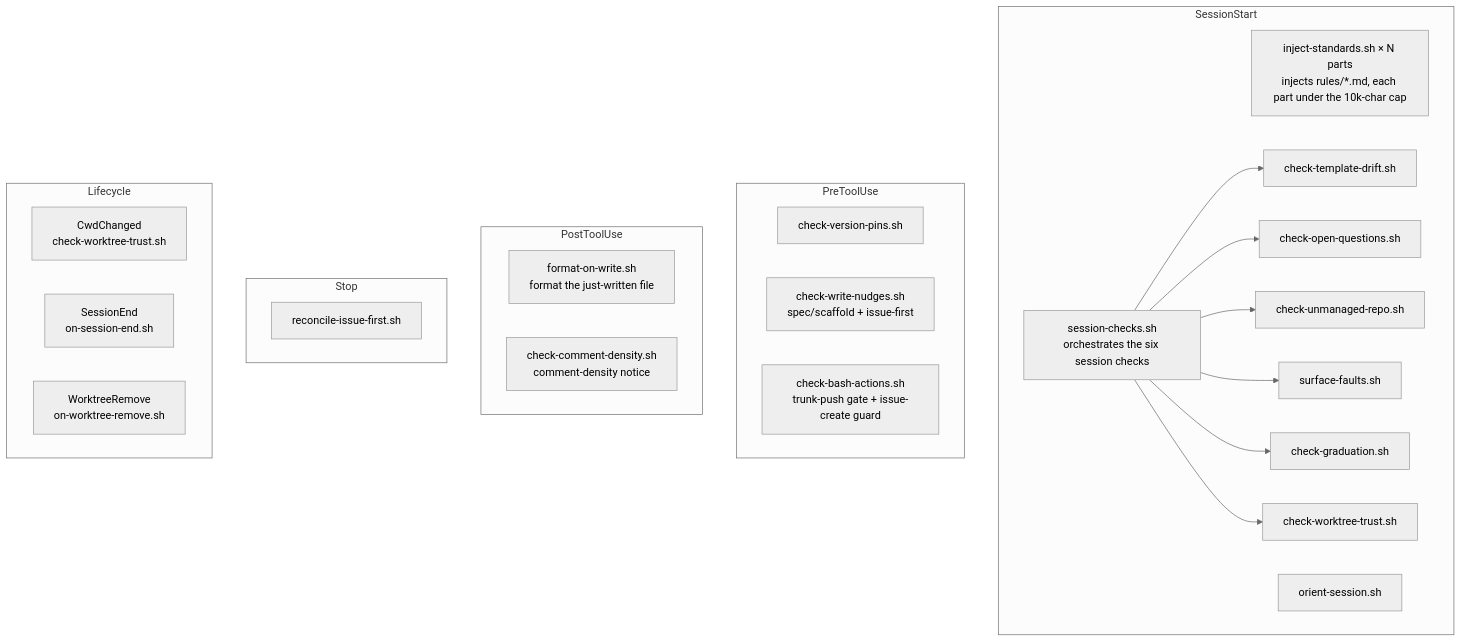
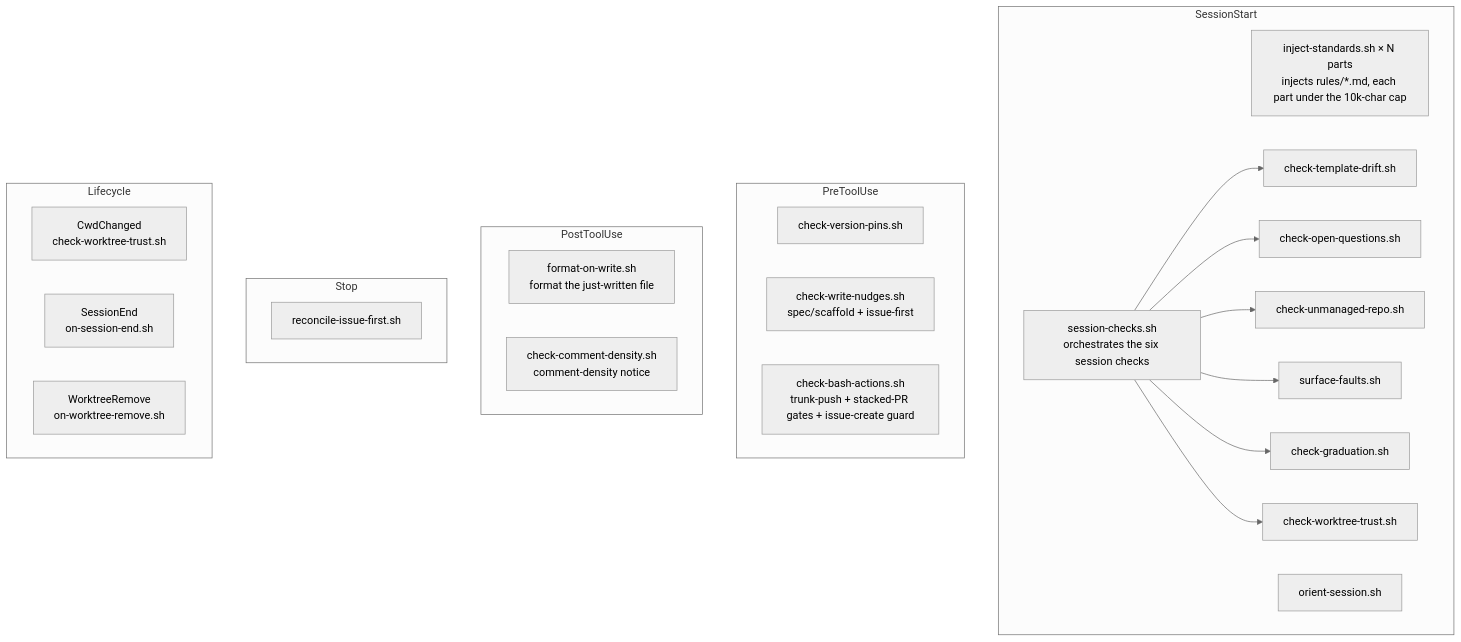
One commit to element22llc/e22-plugins changed the diagram in docs/reference/hooks.md. Above: the diagram before and after it, drawn with Mermaid (neutral theme). The commit also changed other lines of this file and 3 other files, not shown here.

Commit message:
docs(docs): document the stacked-PR gate and review-queue limit

````diff
--- a/docs/reference/hooks.md
+++ b/docs/reference/hooks.md
@@ -53,31 +53,31 @@
 ```mermaid
 flowchart TD
     subgraph SessionStart
       inject[inject-standards.sh × N parts<br/>injects rules/*.md, each part under the 10k-char cap]
       checks[session-checks.sh<br/>orchestrates the six session checks]
       orient[orient-session.sh]
       checks --> drift[check-template-drift.sh]
       checks --> oq[check-open-questions.sh]
       checks --> unmanaged[check-unmanaged-repo.sh]
       checks --> faults[surface-faults.sh]
       checks --> grad[check-graduation.sh]
       checks --> wt[check-worktree-trust.sh]
     end
     subgraph PreToolUse
       pins[check-version-pins.sh]
       wn[check-write-nudges.sh<br/>spec/scaffold + issue-first]
-      ba[check-bash-actions.sh<br/>trunk-push gate + issue-create guard]
+      ba[check-bash-actions.sh<br/>trunk-push + stacked-PR gates + issue-create guard]
     end
     subgraph PostToolUse
       fmt[format-on-write.sh<br/>format the just-written file]
       cd[check-comment-density.sh<br/>comment-density notice]
     end
     subgraph Stop
       reconcile[reconcile-issue-first.sh]
     end
     subgraph Lifecycle
       cwd[CwdChanged<br/>check-worktree-trust.sh]
       send[SessionEnd<br/>on-session-end.sh]
       wtr[WorktreeRemove<br/>on-worktree-remove.sh]
     end
 ```
````
